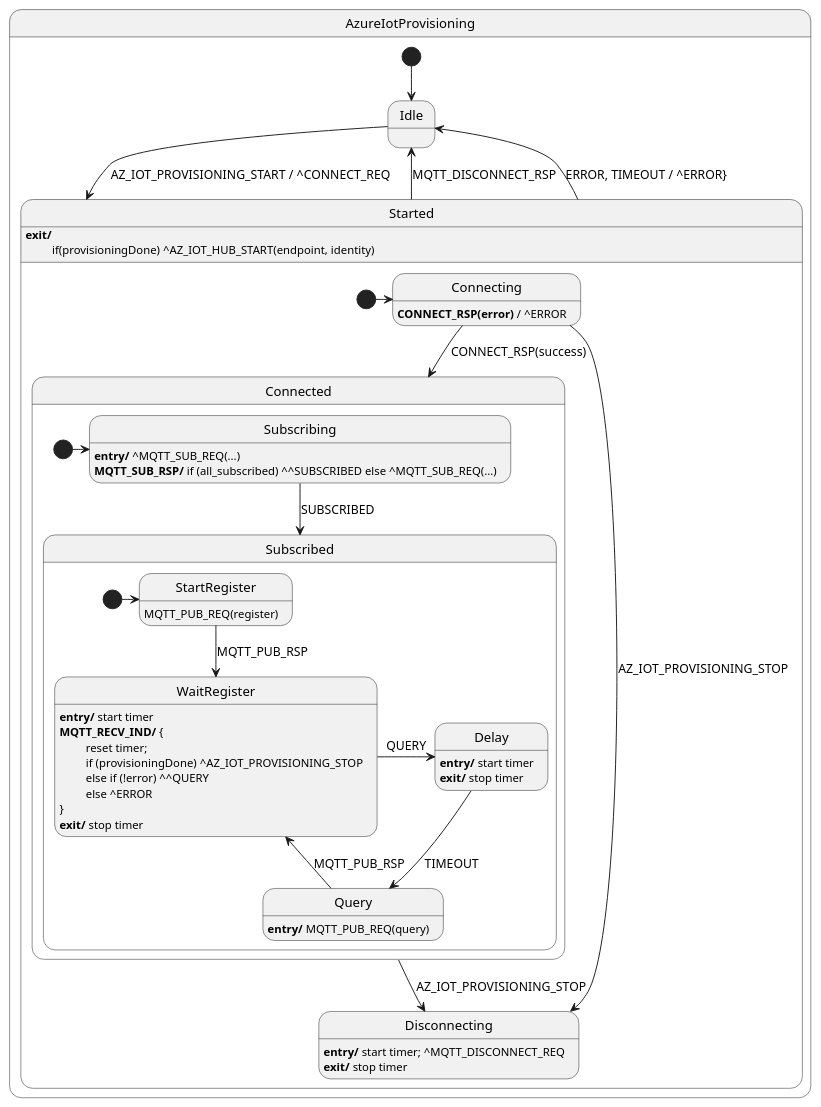
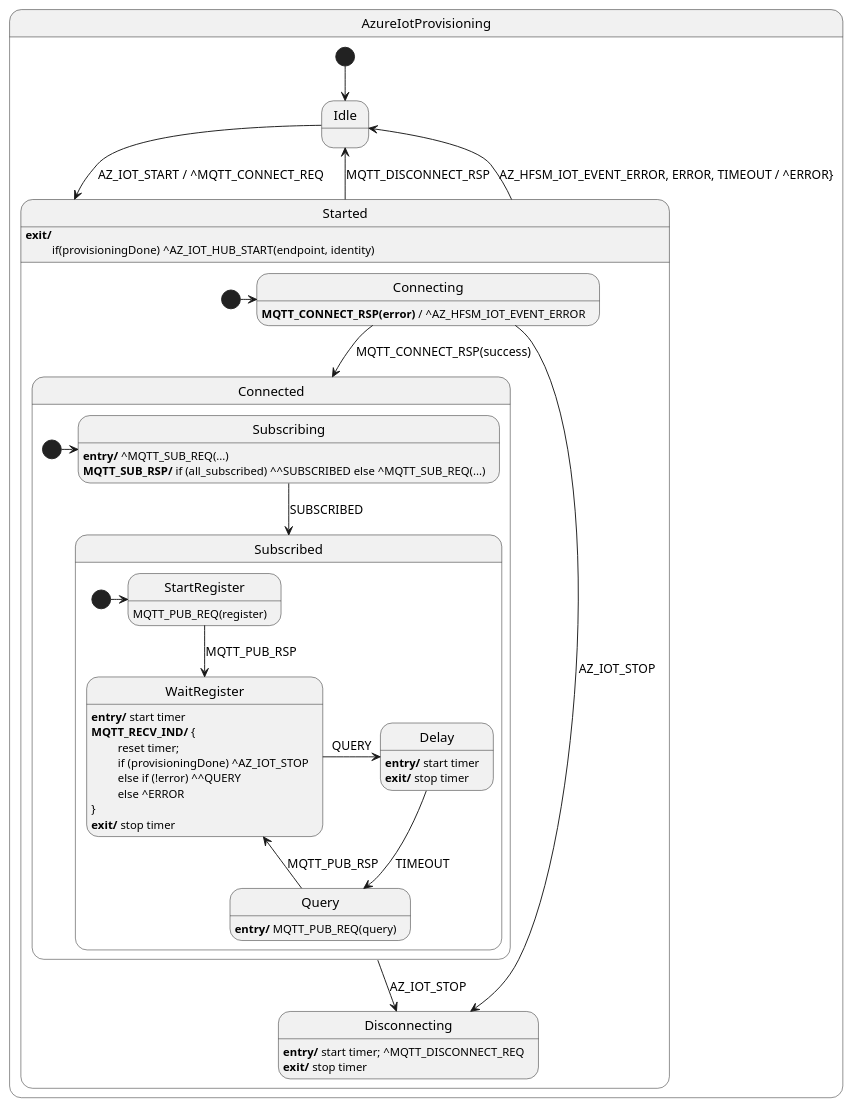
Before and after one commit to vaavva/azure-sdk-for-c-hfsm: the diagram in sdk/docs/iot/resources/az_iot_hfsm_provisioning.puml, drawn with PlantUML. The commit also changed 6 other files, not shown here.

Commit message:
WIP: mosquitto adapter; Provisioning HFSM

```diff
--- a/sdk/docs/iot/resources/az_iot_hfsm_provisioning.puml
+++ b/sdk/docs/iot/resources/az_iot_hfsm_provisioning.puml
@@ -1,63 +1,63 @@
 @startuml
 
 state AzureIotProvisioning {
 state Idle
     state Started {
         state Connecting
-        Connecting : <b>CONNECT_RSP(error)</b> / ^ERROR
+        Connecting : <b>MQTT_CONNECT_RSP(error)</b> / ^AZ_HFSM_IOT_EVENT_ERROR
 
         state Connected {
             state Subscribing
             Subscribing : <b>entry/</b> ^MQTT_SUB_REQ(...)
             Subscribing : <b>MQTT_SUB_RSP/</b> if (all_subscribed) ^^SUBSCRIBED else ^MQTT_SUB_REQ(...)
             state Subscribed {
                 state StartRegister
                 StartRegister : MQTT_PUB_REQ(register)
 
                 state WaitRegister
                 WaitRegister : <b>entry/</b> start timer
                 WaitRegister : <b>MQTT_RECV_IND/</b> {
                 WaitRegister : \t reset timer;
-                WaitRegister : \t if (provisioningDone) ^AZ_IOT_PROVISIONING_STOP
+                WaitRegister : \t if (provisioningDone) ^AZ_IOT_STOP
                 WaitRegister : \t else if (!error) ^^QUERY
                 WaitRegister : \t else ^ERROR
                 WaitRegister : }
                 WaitRegister : <b>exit/</b> stop timer
 
                 state Delay
                 Delay : <b>entry/</b> start timer
                 Delay : <b>exit/</b> stop timer
 
                 state Query
                 Query : <b>entry/</b> MQTT_PUB_REQ(query)
 
                 [*] -> StartRegister
                 StartRegister --> WaitRegister : MQTT_PUB_RSP
                 WaitRegister -> Delay : QUERY
                 Delay --> Query : TIMEOUT
                 Query -> WaitRegister : MQTT_PUB_RSP
             }
 
             [*] -> Subscribing
             Subscribing --> Subscribed : SUBSCRIBED
         }
 
         state Disconnecting
         Disconnecting : <b>entry/</b> start timer; ^MQTT_DISCONNECT_REQ
         Disconnecting : <b>exit/</b> stop timer
 
         [*] -> Connecting
-        Connecting --> Connected : CONNECT_RSP(success)
-        Connecting --> Disconnecting : AZ_IOT_PROVISIONING_STOP
-        Connected --> Disconnecting : AZ_IOT_PROVISIONING_STOP
+        Connecting --> Connected : MQTT_CONNECT_RSP(success)
+        Connecting --> Disconnecting : AZ_IOT_STOP
+        Connected --> Disconnecting : AZ_IOT_STOP
     }
 
     Started : <b>exit/</b>
     Started: \t if(provisioningDone) ^AZ_IOT_HUB_START(endpoint, identity)
 
     [*] --> Idle
-    Idle -> Started : AZ_IOT_PROVISIONING_START / ^CONNECT_REQ
+    Idle -> Started : AZ_IOT_START / ^MQTT_CONNECT_REQ
     Started --> Idle : MQTT_DISCONNECT_RSP
-    Started --> Idle : ERROR, TIMEOUT / ^ERROR}
+    Started --> Idle : AZ_HFSM_IOT_EVENT_ERROR, ERROR, TIMEOUT / ^ERROR}
 
 @enduml
```
